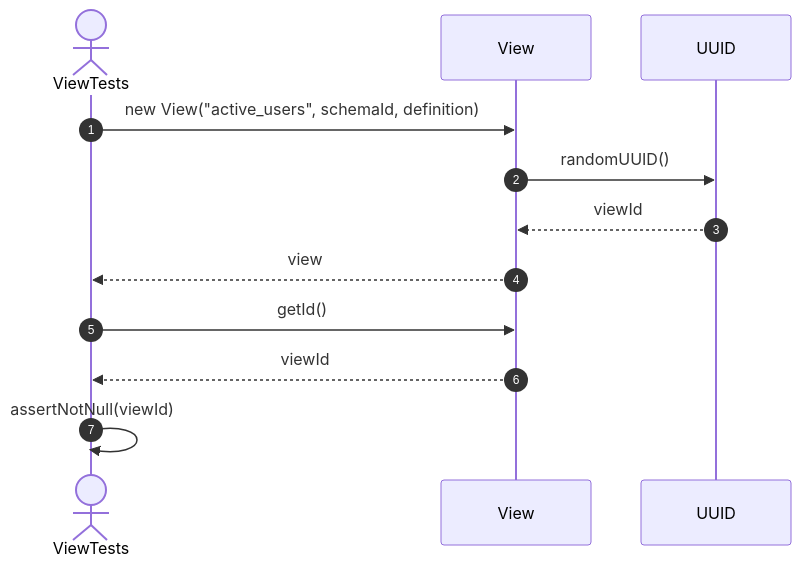
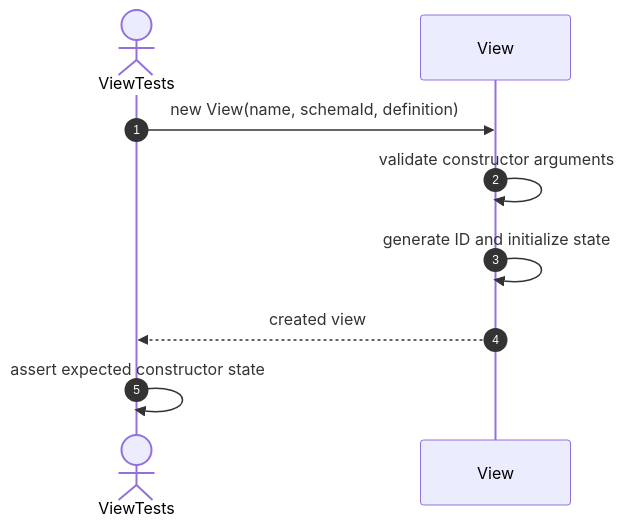
One commit to FhuAnn/-bbv-AN-s-DBMS changed the second of 48 diagrams in src/tests/unit/metadata/docs/view-testing.se.md. Above: the diagram before and after it, drawn with Mermaid. The commit also changed other lines of this file and 7 other files, not shown here.

Commit message:
update detail testing process up to now in readme, update constraint testing sequences

````diff
--- a/src/tests/unit/metadata/docs/view-testing.se.md
+++ b/src/tests/unit/metadata/docs/view-testing.se.md
@@ -27,16 +21,11 @@
 ```mermaid
 sequenceDiagram
     autonumber
     actor Test as ViewTests
     participant View as View
-    participant UUID as UUID
-
-    Test->>View: new View("active_users", schemaId, definition)
-    View->>UUID: randomUUID()
-    UUID-->>View: viewId
-    View-->>Test: view
-
-    Test->>View: getId()
-    View-->>Test: viewId
-    Test->>Test: assertNotNull(viewId)
+    Test->>View: new View(name, schemaId, definition)
+    View->>View: validate constructor arguments
+    View->>View: generate ID and initialize state
+    View-->>Test: created view
+    Test->>Test: assert expected constructor state
 ```
````
